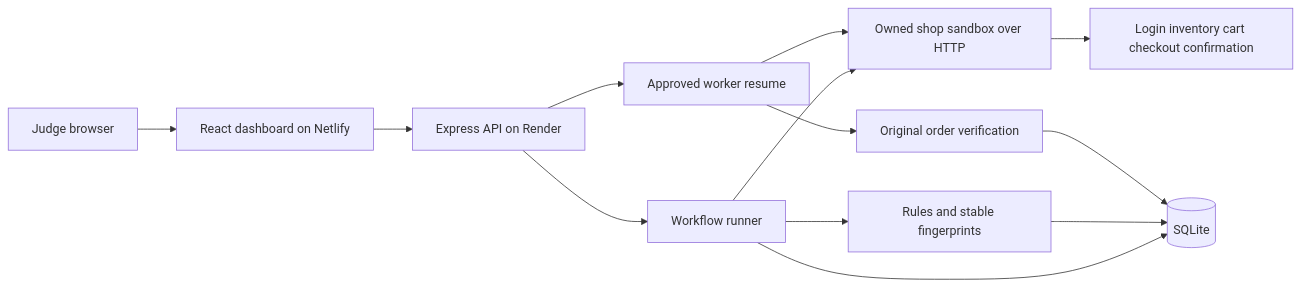
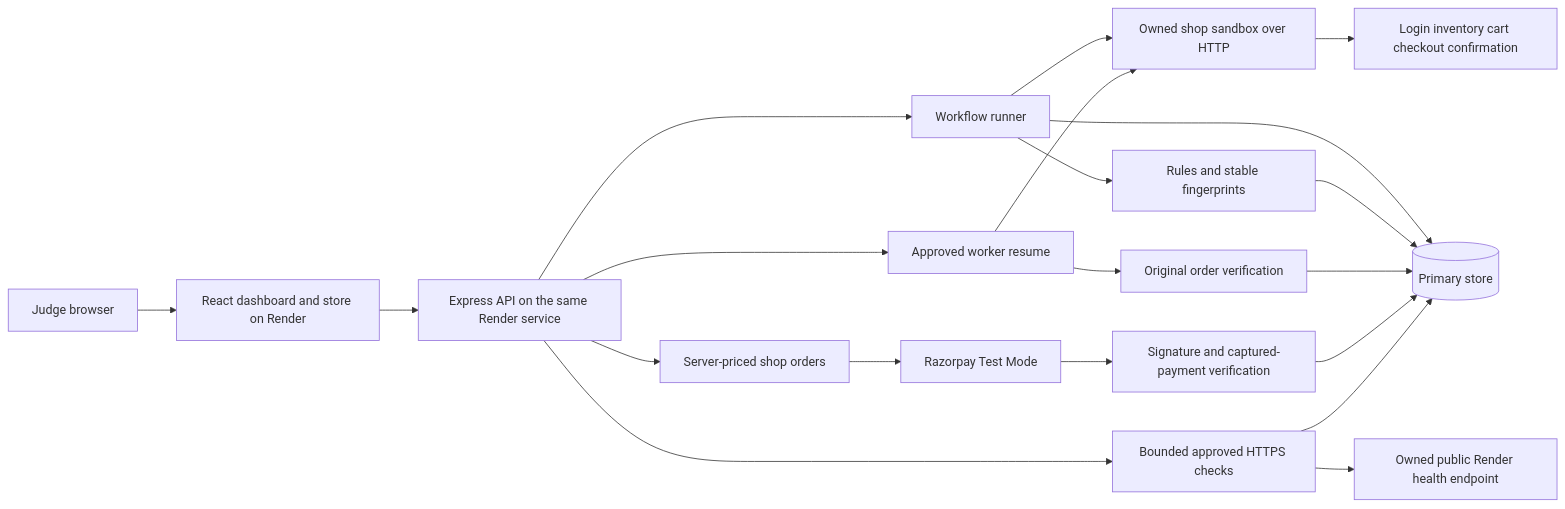
Before and after one commit to Emadfar007/bizplus-ai: the diagram in docs/architecture.md, drawn with Mermaid. The commit also changed other lines of this file and 20 other files, not shown here.

Commit message:
Publish Render frontend demo evidence and commerce presentation package

````diff
--- a/docs/architecture.md
+++ b/docs/architecture.md
@@ -5,15 +5,22 @@
 ```mermaid
 flowchart LR
-  Browser[Judge browser] --> Frontend[React dashboard on Netlify]
-  Frontend --> API[Express API on Render]
+  Browser[Judge browser] --> Frontend[React dashboard and store on Render]
+  Frontend --> API[Express API on the same Render service]
   API --> Engine[Workflow runner]
   Engine --> Sandbox[Owned shop sandbox over HTTP]
   Sandbox --> Steps[Login inventory cart checkout confirmation]
-  Engine --> DB[(SQLite)]
+  Engine --> DB[(Primary store)]
   Engine --> Rules[Rules and stable fingerprints]
   Rules --> DB
   API --> Recovery[Approved worker resume]
   Recovery --> Sandbox
   Recovery --> Verify[Original order verification]
   Verify --> DB
+  API --> Shop[Server-priced shop orders]
+  Shop --> Razorpay[Razorpay Test Mode]
+  Razorpay --> Check[Signature and captured-payment verification]
+  Check --> DB
+  API --> Live[Bounded approved HTTPS checks]
+  Live --> Target[Owned public Render health endpoint]
+  Live --> DB
 ```
````
